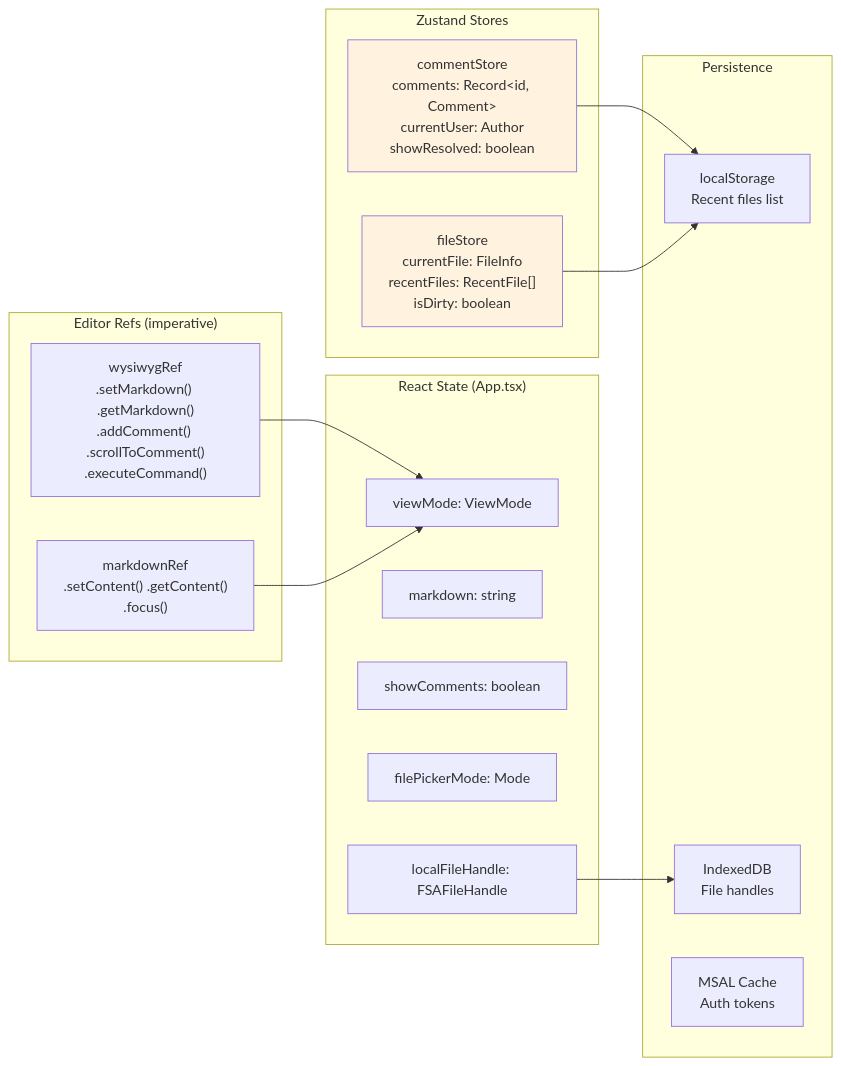
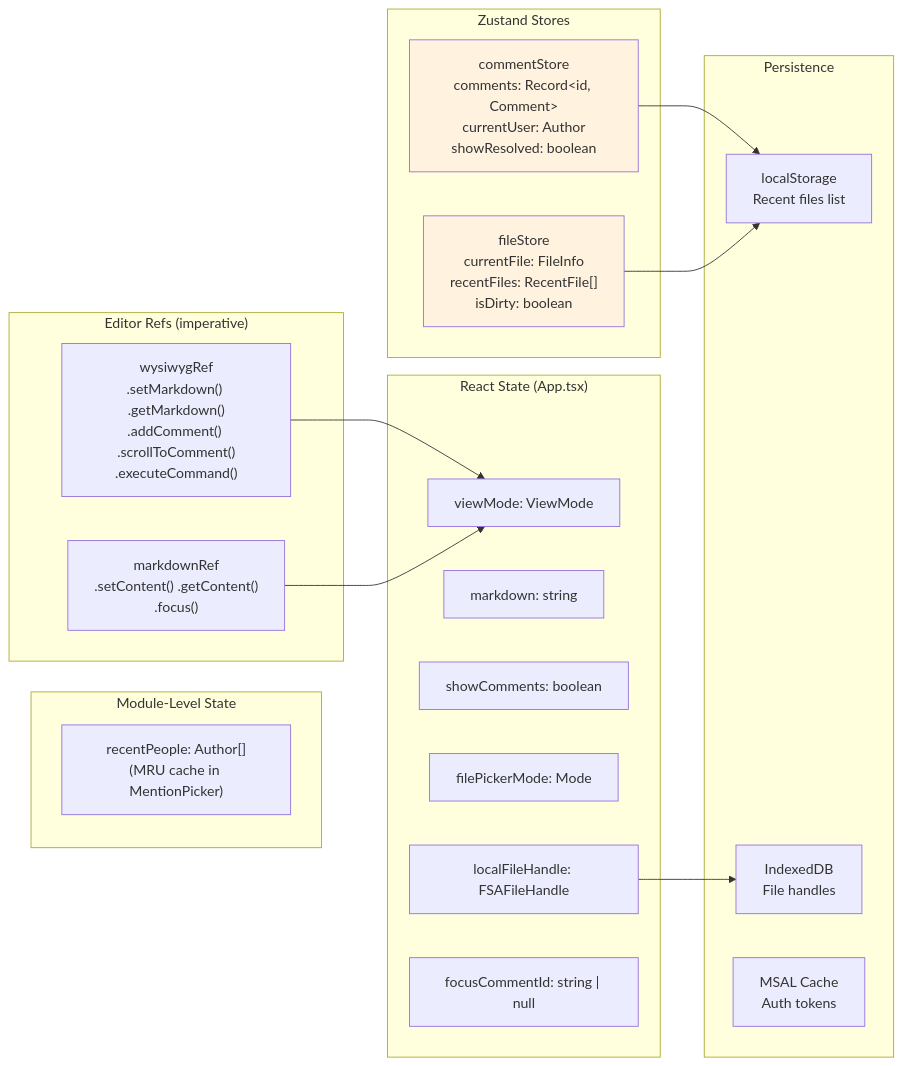
Before and after one commit to mazharm/mdedit: the third of 14 diagrams in docs/DESIGN.md, drawn with Mermaid. The commit also changed other lines of this file and 3 other files, not shown here.

````diff
--- a/docs/DESIGN.md
+++ b/docs/DESIGN.md
@@ -91,35 +105,40 @@
 ```mermaid
 graph LR
     subgraph "Zustand Stores"
         CS["commentStore<br/>comments: Record&lt;id, Comment&gt;<br/>currentUser: Author<br/>showResolved: boolean"]
         FS["fileStore<br/>currentFile: FileInfo<br/>recentFiles: RecentFile[]<br/>isDirty: boolean"]
     end
 
     subgraph "React State (App.tsx)"
         VM["viewMode: ViewMode"]
         MD["markdown: string"]
         SC["showComments: boolean"]
         FPM["filePickerMode: Mode"]
         LFH["localFileHandle: FSAFileHandle"]
+        FCI["focusCommentId: string | null"]
+    end
+
+    subgraph "Module-Level State"
+        MRU["recentPeople: Author[]<br/>(MRU cache in MentionPicker)"]
     end
 
     subgraph "Editor Refs (imperative)"
         WR["wysiwygRef<br/>.setMarkdown() .getMarkdown()<br/>.addComment() .scrollToComment()<br/>.executeCommand()"]
         MR["markdownRef<br/>.setContent() .getContent()<br/>.focus()"]
     end
 
     subgraph "Persistence"
         LS["localStorage<br/>Recent files list"]
         IDB["IndexedDB<br/>File handles"]
         MSAL["MSAL Cache<br/>Auth tokens"]
     end
 
     CS --> LS
     FS --> LS
     LFH --> IDB
     WR --> VM
     MR --> VM
 
     style CS fill:#fff3e0
     style FS fill:#fff3e0
 ```
````
